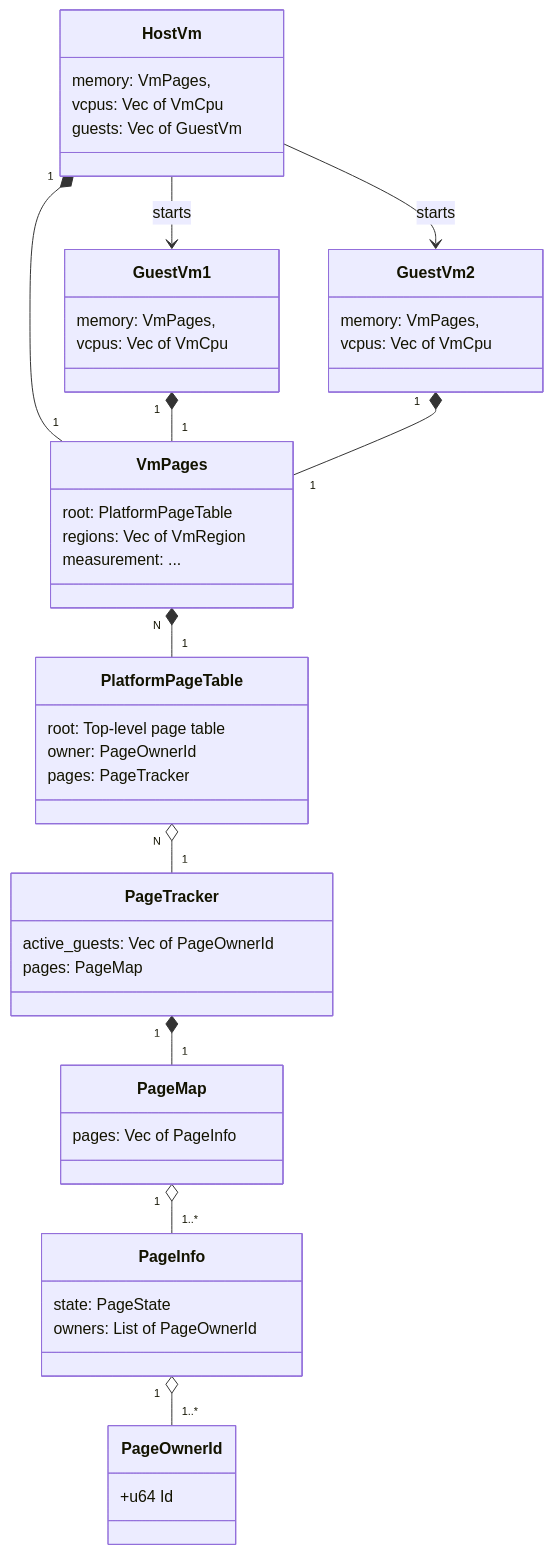
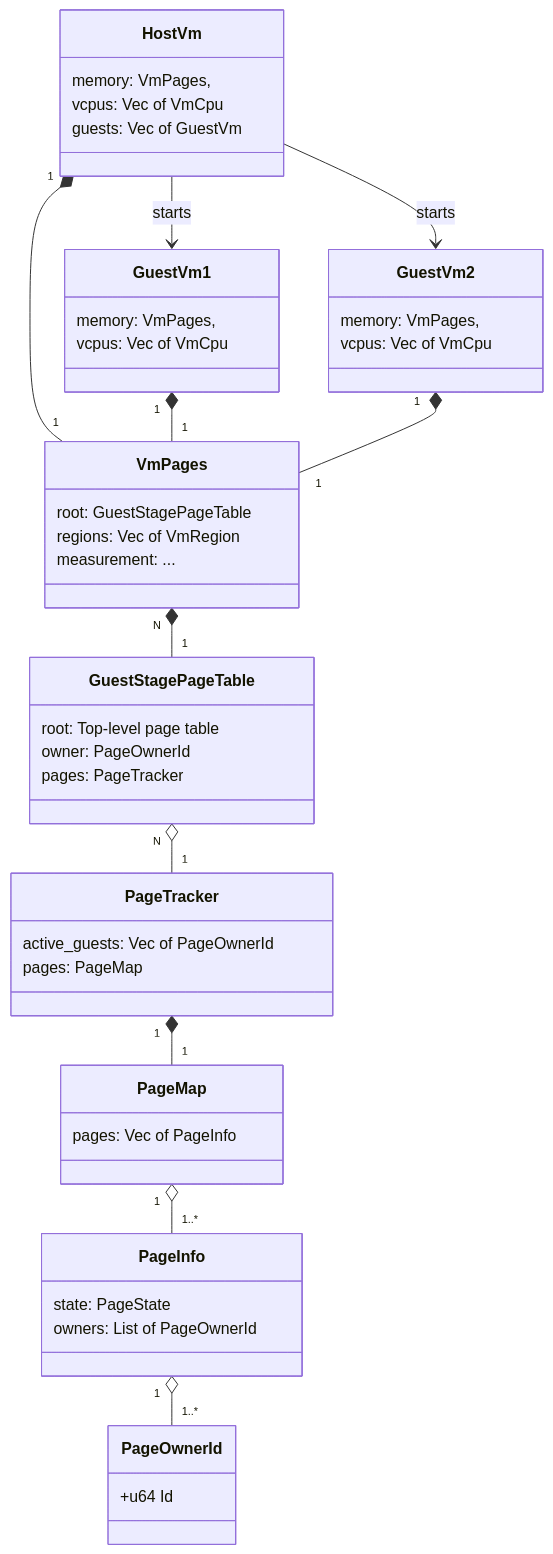
One commit to rivosinc/salus changed the second of 6 diagrams in MEMORY.md. Above: the diagram before and after it, drawn with Mermaid. The commit also changed other lines of this file and 13 other files, not shown here.

First line of the commit message:
riscv-page-tables: Rename `PlatformPageTable` and `GuestStagePageTable`

````diff
--- a/MEMORY.md
+++ b/MEMORY.md
@@ -61,50 +61,50 @@
 ```mermaid
 classDiagram
     class PageOwnerId {
         +u64 Id
     }
     PageInfo "1" o-- "1..*" PageOwnerId
     class PageInfo {
         state: PageState
         owners: List of PageOwnerId
     }
     PageMap "1" o-- "1..*" PageInfo
     class PageMap {
         pages: Vec of PageInfo
     }
     PageTracker "1" *-- "1" PageMap
     class PageTracker {
         active_guests: Vec of PageOwnerId
         pages: PageMap
     }
-    PlatformPageTable "N" o-- "1" PageTracker
-    class PlatformPageTable {
+    GuestStagePageTable "N" o-- "1" PageTracker
+    class GuestStagePageTable {
         root: Top-level page table
         owner: PageOwnerId
         pages: PageTracker
     }
-    VmPages "N" *-- "1" PlatformPageTable
+    VmPages "N" *-- "1" GuestStagePageTable
     class VmPages {
-        root: PlatformPageTable
+        root: GuestStagePageTable
         regions: Vec of VmRegion
         measurement: ...
     }
     HostVm "1" *-- "1" VmPages
     HostVm --> GuestVm1 : starts
     HostVm --> GuestVm2 : starts
     class HostVm {
         memory: VmPages,
         vcpus: Vec of VmCpu
         guests: Vec of GuestVm
     }
     GuestVm1 "1" *-- "1" VmPages
     class GuestVm1 {
         memory: VmPages,
         vcpus: Vec of VmCpu
     }
     GuestVm2 "1" *-- "1" VmPages
     class GuestVm2 {
         memory: VmPages,
         vcpus: Vec of VmCpu
     }
 ```
````
